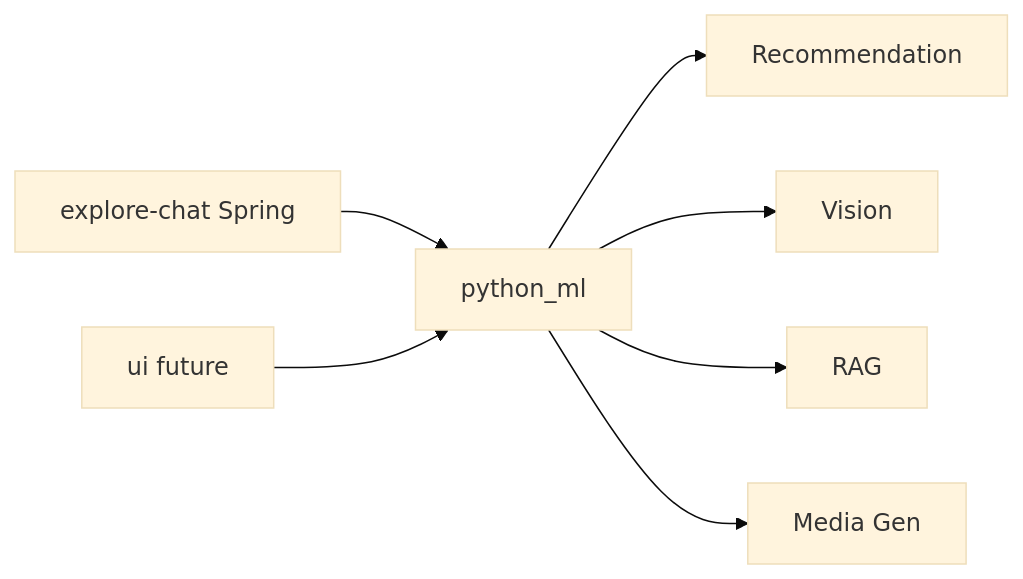
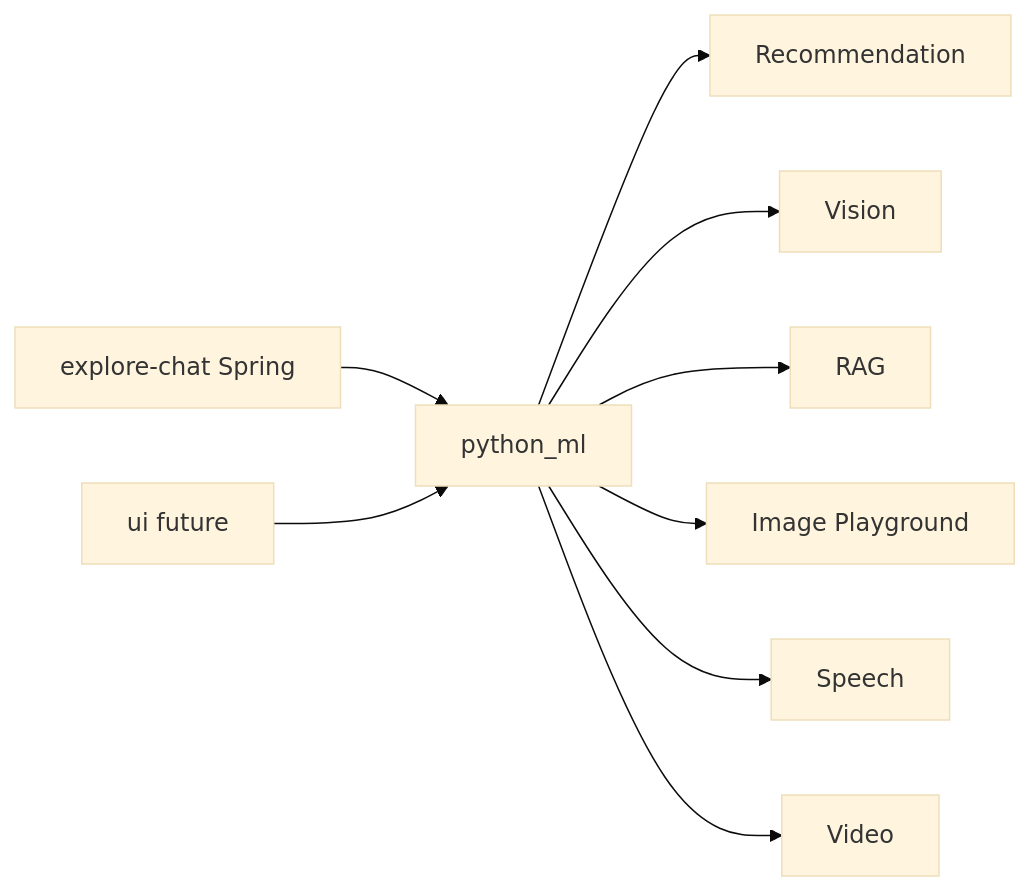
Before and after one commit to felixzhu97/explore: the diagram in explore-ml/docs/Glossary.md, drawn with Mermaid (base theme). The commit also changed other lines of this file and 3 other files, not shown here.

````diff
--- a/explore-ml/docs/Glossary.md
+++ b/explore-ml/docs/Glossary.md
@@ -33,9 +35,11 @@
 ```mermaid
 flowchart LR
   siblingApi[explore-chat Spring] --> pyMl[python_ml]
   testUi[ui future] --> pyMl
   pyMl --> rec[Recommendation]
   pyMl --> vis[Vision]
   pyMl --> ragSvc[RAG]
-  pyMl --> gen[Media Gen]
+  pyMl --> ip[Image Playground]
+  pyMl --> sp[Speech]
+  pyMl --> vd[Video]
 ```
````
